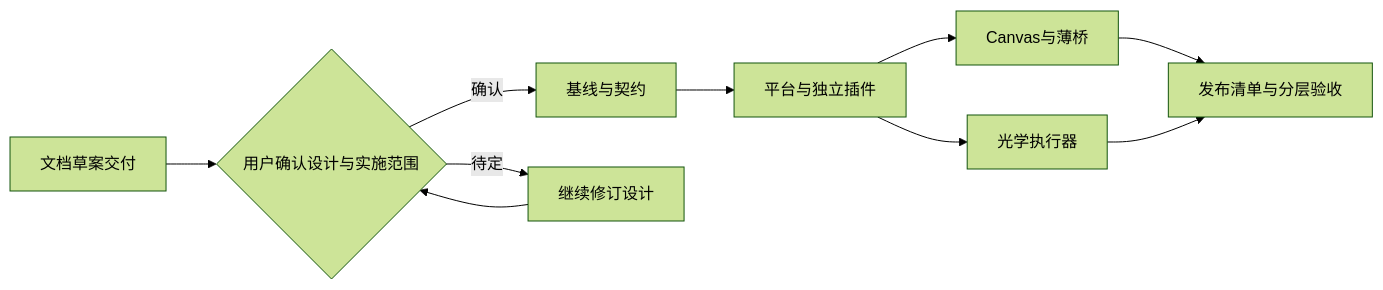
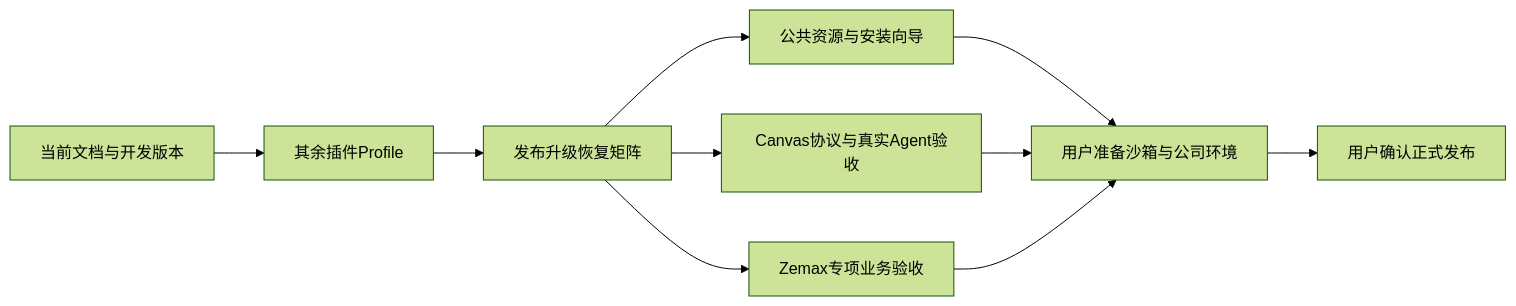
One commit to nefer5/optDSH changed the diagram in planning/ROADMAP.md. Above: the diagram before and after it, drawn with Mermaid (forest theme). The commit also changed other lines of this file and 219 other files, not shown here.

Commit message:
docs: refresh current architecture, archive history and prepare dev.17

````diff
--- a/planning/ROADMAP.md
+++ b/planning/ROADMAP.md
@@ -24,12 +33,12 @@
 ```mermaid
 flowchart LR
-  M0[文档草案交付] --> G{用户确认设计与实施范围}
-  G -->|确认| M1[基线与契约]
-  G -->|待定| R[继续修订设计]
-  R --> G
-  M1 --> M2[平台与独立插件]
-  M2 --> M3[Canvas与薄桥]
-  M2 --> M4[光学执行器]
-  M3 --> M5[发布清单与分层验收]
-  M4 --> M5
+ A[当前文档与开发版本] --> B[其余插件Profile]
+ B --> C[发布升级恢复矩阵]
+ C --> D[公共资源与安装向导]
+ C --> E[Canvas协议与真实Agent验收]
+ C --> F[Zemax专项业务验收]
+ D --> G[用户准备沙箱与公司环境]
+ E --> G
+ F --> G
+ G --> H[用户确认正式发布]
 ```
````
